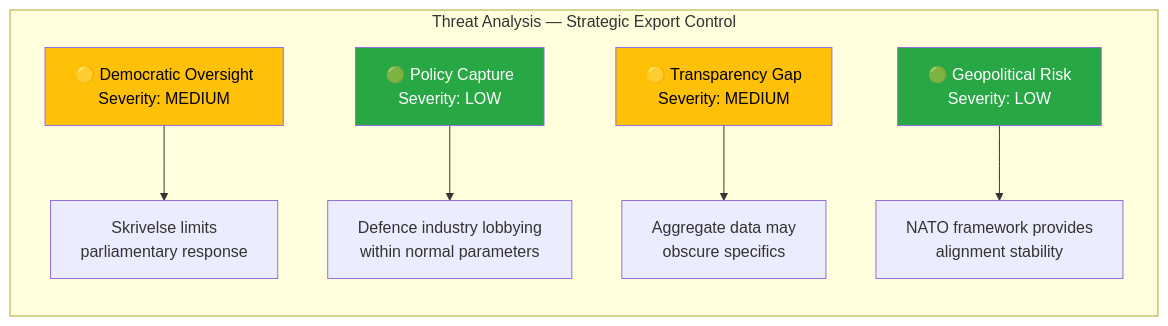
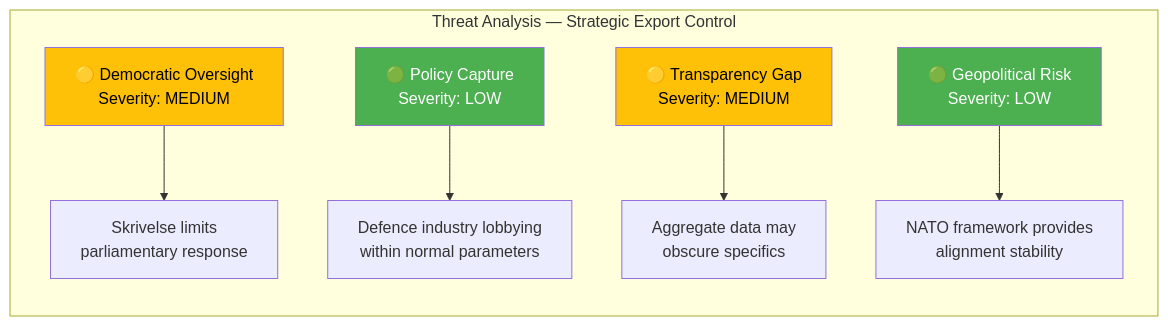
The diagram in analysis/daily/2026-04-08/propositions/threat-analysis.md (Hack23/riksdagsmonitor), drawn with Mermaid before and after one commit. The commit also changed 785 other files, not shown here.

First line of the commit message:
Normalize mermaid colors across 786 analysis artifacts to ISMS Style Guide palette

````diff
--- a/analysis/daily/2026-04-08/propositions/threat-analysis.md
+++ b/analysis/daily/2026-04-08/propositions/threat-analysis.md
@@ -15,14 +15,14 @@
 ```mermaid
 graph TD
     subgraph "Threat Analysis — Strategic Export Control"
         direction TB
         T1["🟡 Democratic Oversight<br/>Severity: MEDIUM"] --> T1a["Skrivelse limits<br/>parliamentary response"]
         T2["🟢 Policy Capture<br/>Severity: LOW"] --> T2a["Defence industry lobbying<br/>within normal parameters"]
         T3["🟡 Transparency Gap<br/>Severity: MEDIUM"] --> T3a["Aggregate data may<br/>obscure specifics"]
         T4["🟢 Geopolitical Risk<br/>Severity: LOW"] --> T4a["NATO framework provides<br/>alignment stability"]
     end
-    style T1 fill:#ffc107,color:#000
-    style T2 fill:#28a745,color:#fff
-    style T3 fill:#ffc107,color:#000
-    style T4 fill:#28a745,color:#fff
+    style T1 fill:#FFC107,color:#000000
+    style T2 fill:#4CAF50,color:#FFFFFF
+    style T3 fill:#FFC107,color:#000000
+    style T4 fill:#4CAF50,color:#FFFFFF
 ```
````
